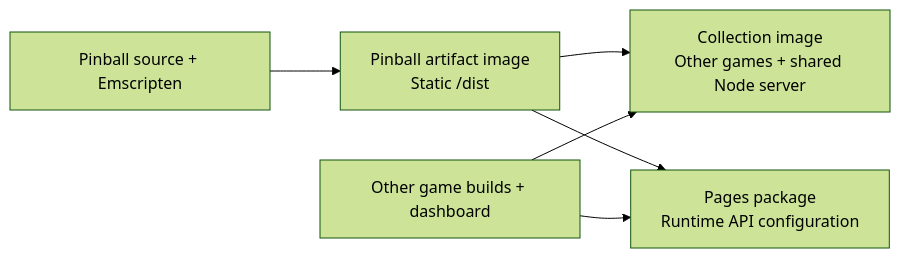
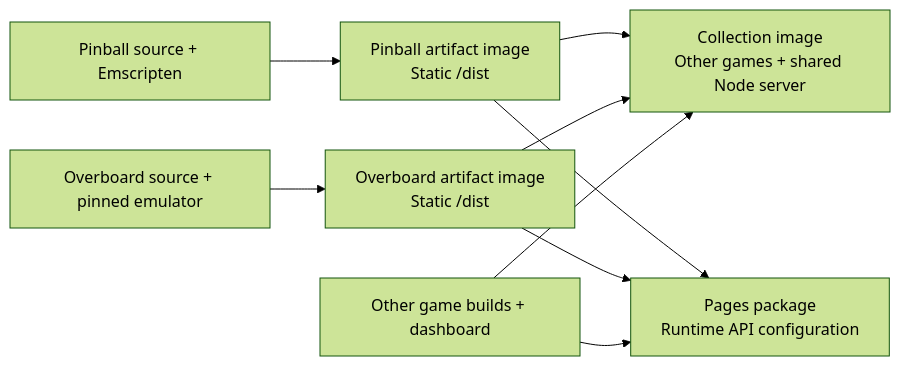
One commit to A3Tom/ai_games changed the second of 2 diagrams in docs/REPOSITORY_ARCHITECTURE.md. Above: the diagram before and after it, drawn with Mermaid (forest theme). The commit also changed other lines of this file and 10 other files, not shown here.

````diff
--- a/docs/REPOSITORY_ARCHITECTURE.md
+++ b/docs/REPOSITORY_ARCHITECTURE.md
@@ -75,8 +77,11 @@
 ```mermaid
 flowchart LR
   Source["Pinball source + Emscripten"] --> Artifact["Pinball artifact image<br/>Static /dist"]
+  OverboardSource["Overboard source + pinned emulator"] --> OverboardArtifact["Overboard artifact image<br/>Static /dist"]
   Artifact --> Collection["Collection image<br/>Other games + shared Node server"]
   Artifact --> Pages["Pages package<br/>Runtime API configuration"]
+  OverboardArtifact --> Collection
+  OverboardArtifact --> Pages
   Other["Other game builds + dashboard"] --> Collection
   Other --> Pages
 ```
````
